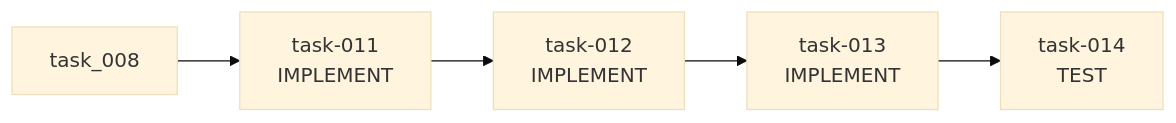
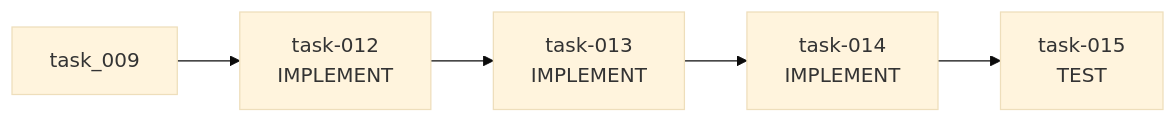
One commit to AndreVianna/aid-methodology changed the second of 5 diagrams in .aid/works/work-001-agent-chat/PLAN.md. Above: the diagram before and after it, drawn with Mermaid (base theme). The commit also changed other lines of this file and 49 other files, not shown here.

````diff
--- a/.aid/works/work-001-agent-chat/PLAN.md
+++ b/.aid/works/work-001-agent-chat/PLAN.md
@@ -187,11 +190,11 @@
 ```mermaid
 graph LR
-  task_011["task-011<br/>IMPLEMENT"]
   task_012["task-012<br/>IMPLEMENT"]
   task_013["task-013<br/>IMPLEMENT"]
-  task_014["task-014<br/>TEST"]
-  task_008 --> task_011
-  task_011 --> task_012
+  task_014["task-014<br/>IMPLEMENT"]
+  task_015["task-015<br/>TEST"]
+  task_009 --> task_012
   task_012 --> task_013
   task_013 --> task_014
+  task_014 --> task_015
 ```
````
